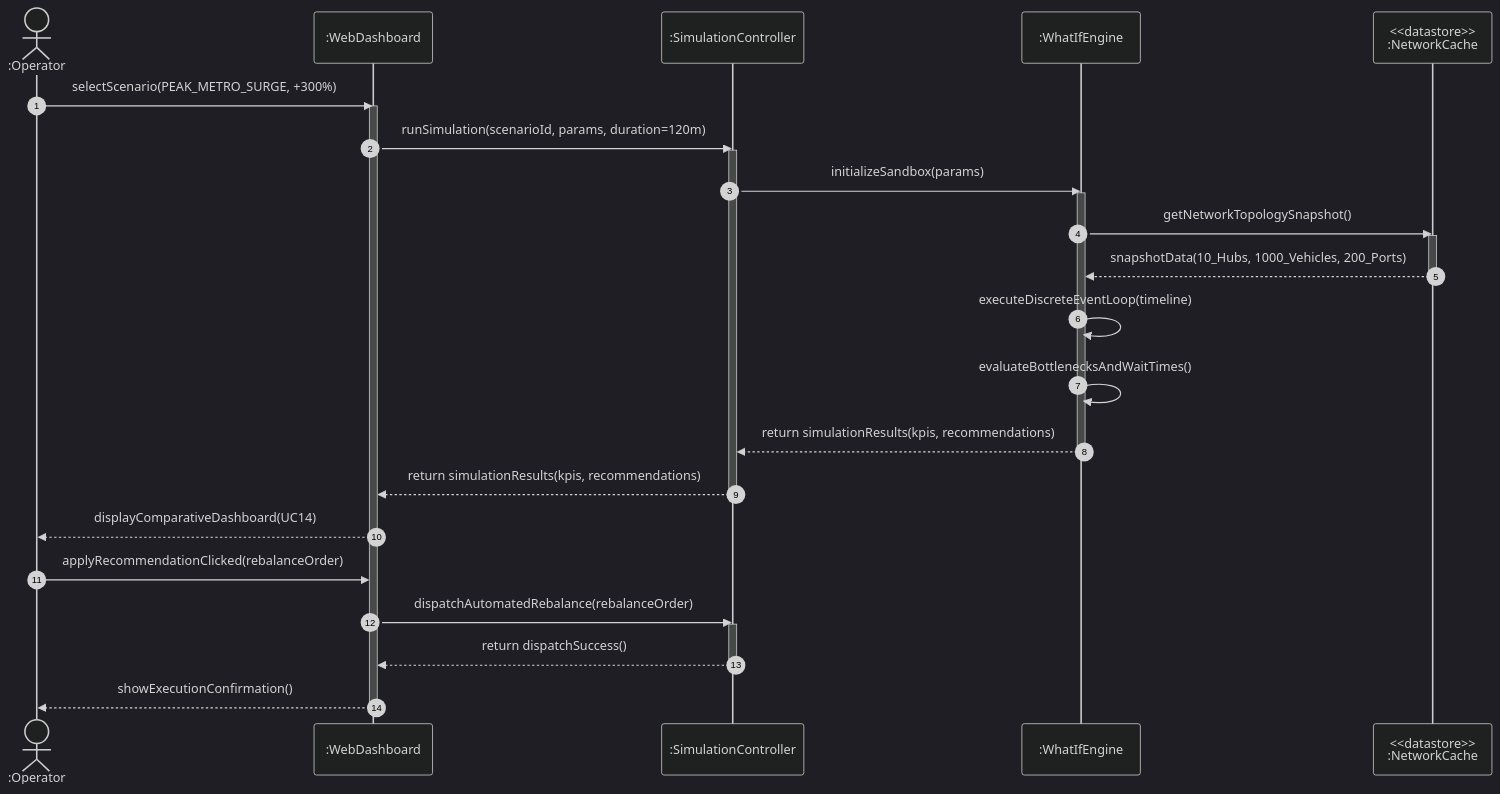
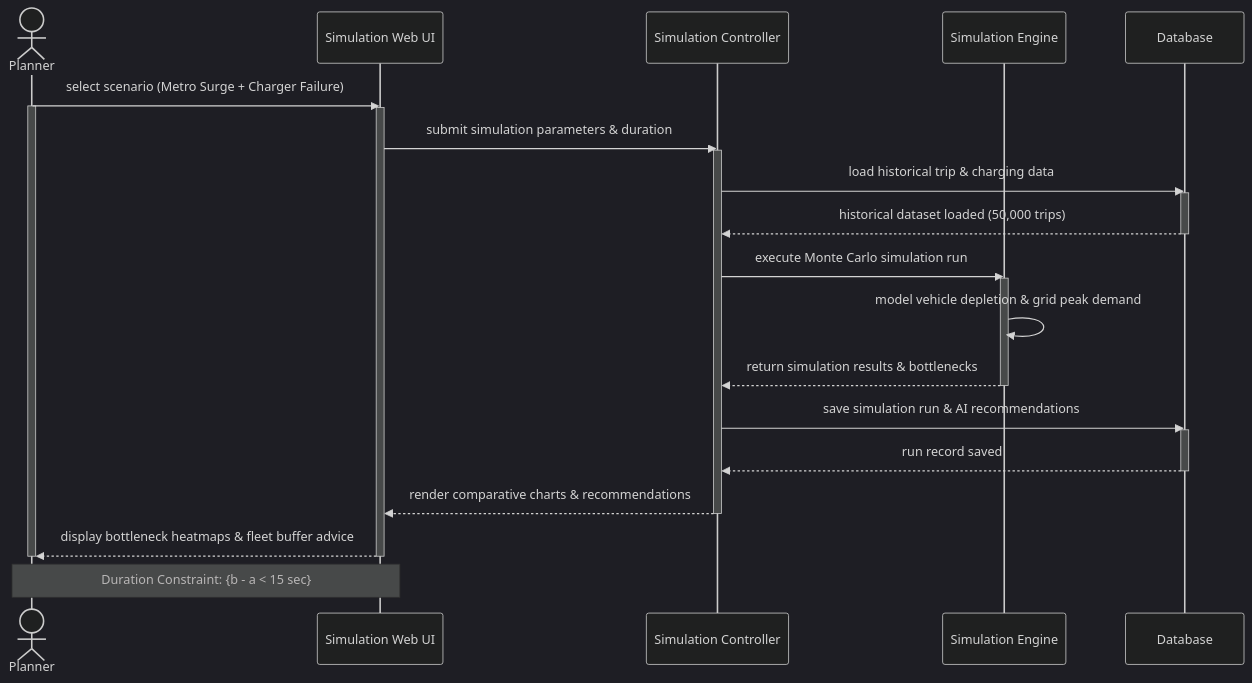
Diagram 14 of 14 in 01_Diagram/02_Sequence_Diagram/PLANTUML_SEQUENCE.md (YdtTran/software-engineerning), drawn with Mermaid (dark theme) before and after one commit. The commit also changed other lines of this file and 19 other files, not shown here.

Commit message:
feat(diagram): update sequence diagrams with slide-standard visuals and rendered pngs

````diff
--- a/01_Diagram/02_Sequence_Diagram/PLANTUML_SEQUENCE.md
+++ b/01_Diagram/02_Sequence_Diagram/PLANTUML_SEQUENCE.md
@@ -575,34 +672,33 @@
 ```mermaid
 sequenceDiagram
-    autonumber
-    actor Admin as :Operator
-    participant UI as :WebDashboard
-    participant Ctrl as :SimulationController
-    participant Engine as :WhatIfEngine
-    participant Cache as <<datastore>><br/>:NetworkCache
+    actor Plan as Planner
+    participant UI as Simulation Web UI
+    participant Ctrl as Simulation Controller
+    participant Engine as Simulation Engine
+    participant DB as Database
 
-    Admin->>UI: selectScenario(PEAK_METRO_SURGE, +300%)
+    Plan->>UI: select scenario (Metro Surge + Charger Failure)
+    activate Plan
     activate UI
-    UI->>Ctrl: runSimulation(scenarioId, params, duration=120m)
+    UI->>Ctrl: submit simulation parameters & duration
     activate Ctrl
-    Ctrl->>Engine: initializeSandbox(params)
+    Ctrl->>DB: load historical trip & charging data
+    activate DB
+    DB-->>Ctrl: historical dataset loaded (50,000 trips)
+    deactivate DB
+    Ctrl->>Engine: execute Monte Carlo simulation run
     activate Engine
-    Engine->>Cache: getNetworkTopologySnapshot()
-    activate Cache
-    Cache-->>Engine: snapshotData(10_Hubs, 1000_Vehicles, 200_Ports)
-    deactivate Cache
-    Engine->>Engine: executeDiscreteEventLoop(timeline)
-    Engine->>Engine: evaluateBottlenecksAndWaitTimes()
-    Engine-->>Ctrl: return simulationResults(kpis, recommendations)
+    Engine->>Engine: model vehicle depletion & grid peak demand
+    Engine-->>Ctrl: return simulation results & bottlenecks
     deactivate Engine
-    Ctrl-->>UI: return simulationResults(kpis, recommendations)
+    Ctrl->>DB: save simulation run & AI recommendations
+    activate DB
+    DB-->>Ctrl: run record saved
+    deactivate DB
+    Ctrl-->>UI: render comparative charts & recommendations
     deactivate Ctrl
-    UI-->>Admin: displayComparativeDashboard(UC14)
-    Admin->>UI: applyRecommendationClicked(rebalanceOrder)
-    UI->>Ctrl: dispatchAutomatedRebalance(rebalanceOrder)
-    activate Ctrl
-    Ctrl-->>UI: return dispatchSuccess()
-    deactivate Ctrl
-    UI-->>Admin: showExecutionConfirmation()
+    UI-->>Plan: display bottleneck heatmaps & fleet buffer advice
     deactivate UI
+    deactivate Plan
+    Note over Plan,UI: Duration Constraint: {b - a < 15 sec}
 ```
````
